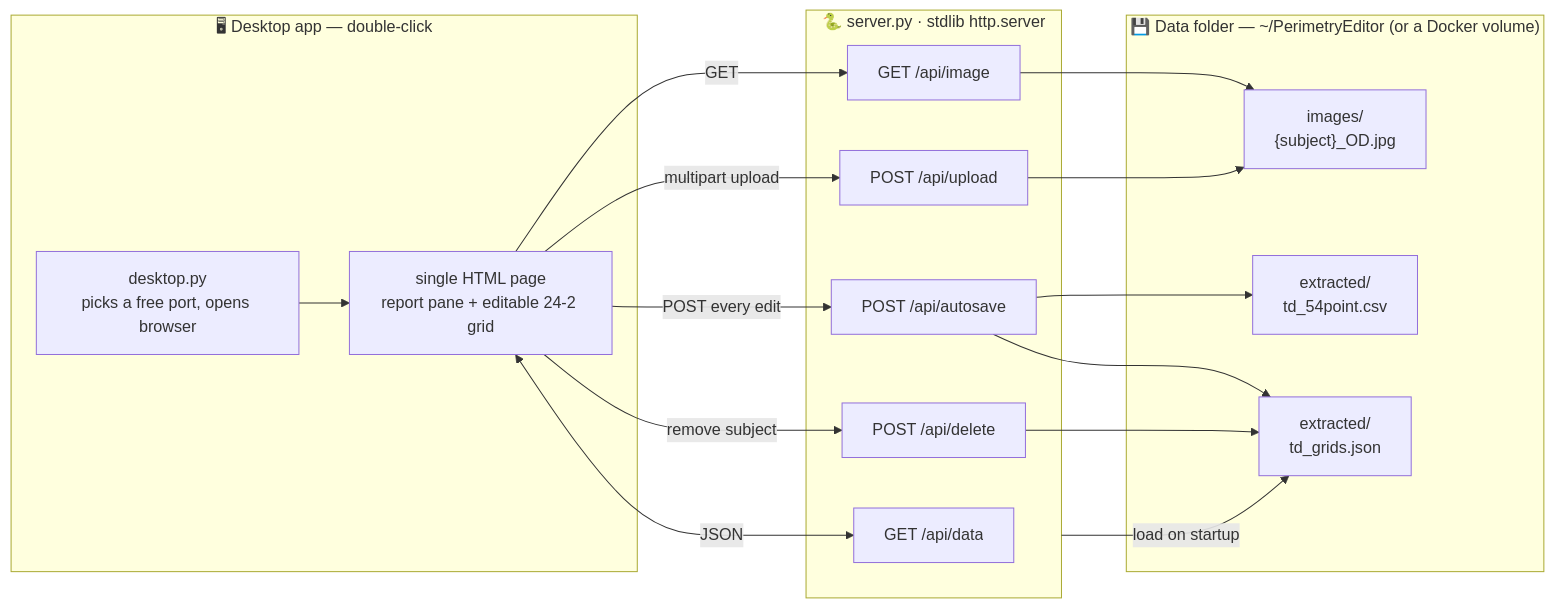
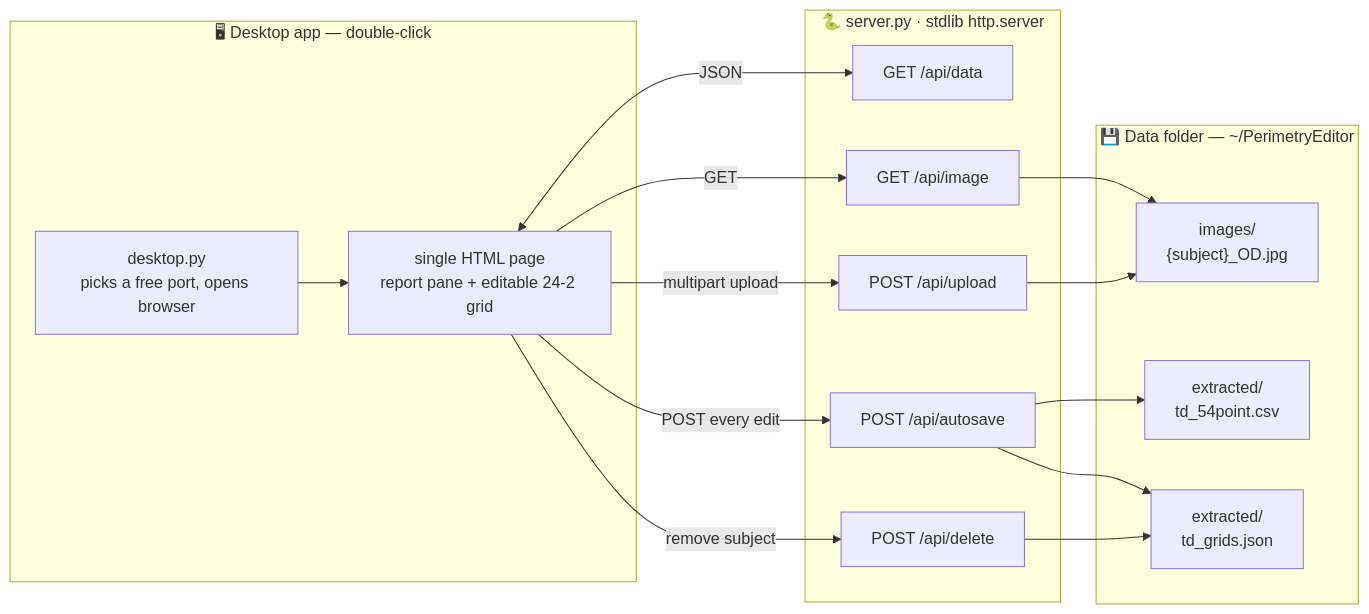
The diagram in README.md (Ziqi-Hao/Perimetry-Editor), drawn with Mermaid before and after one commit. The commit also changed other lines of this file and 10 other files, not shown here.

````diff
--- a/README.md
+++ b/README.md
@@ -130,28 +70,27 @@
 ```mermaid
 flowchart LR
   subgraph App["🖥 Desktop app — double-click"]
     LAUNCH["desktop.py<br/>picks a free port, opens browser"]
     UI["single HTML page<br/>report pane + editable 24-2 grid"]
   end
   subgraph Server["🐍 server.py · stdlib http.server"]
     DATA["GET /api/data"]
     IMGEP["GET /api/image"]
     SAVE["POST /api/autosave"]
     UP["POST /api/upload"]
     DEL["POST /api/delete"]
   end
-  subgraph Disk["💾 Data folder — ~/PerimetryEditor (or a Docker volume)"]
+  subgraph Disk["💾 Data folder — ~/PerimetryEditor"]
     IMG["images/<br/>{subject}_OD.jpg"]
     CSV["extracted/<br/>td_54point.csv"]
     JSON["extracted/<br/>td_grids.json"]
   end
 
   LAUNCH --> UI
   UI <-->|JSON| DATA
   UI -->|GET| IMGEP --> IMG
   UI -->|POST every edit| SAVE --> CSV
   SAVE --> JSON
   UI -->|multipart upload| UP --> IMG
   UI -->|remove subject| DEL --> JSON
-  Server -->|load on startup| JSON
 ```
````
